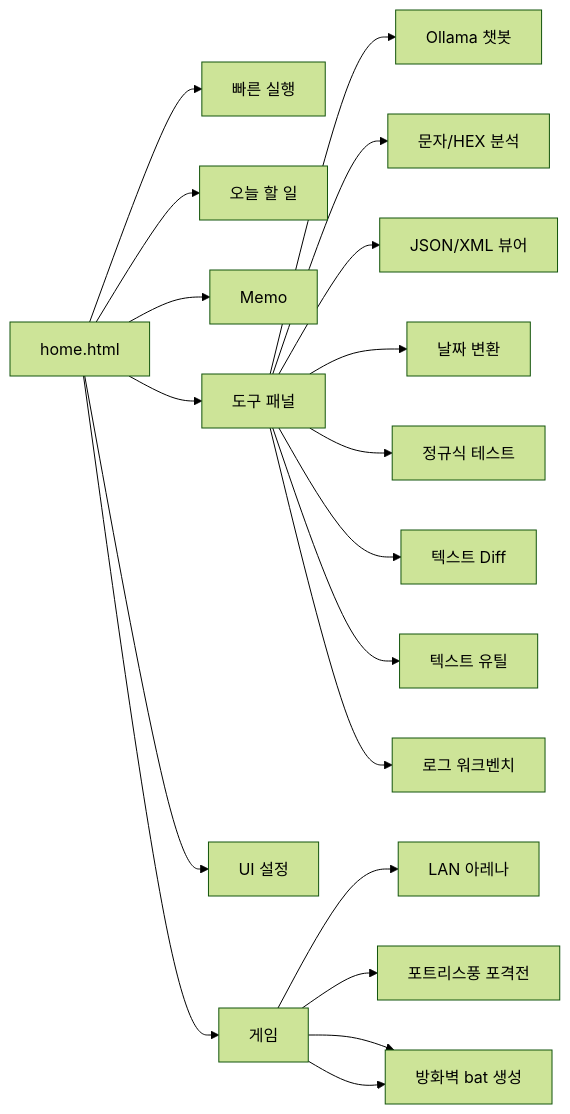
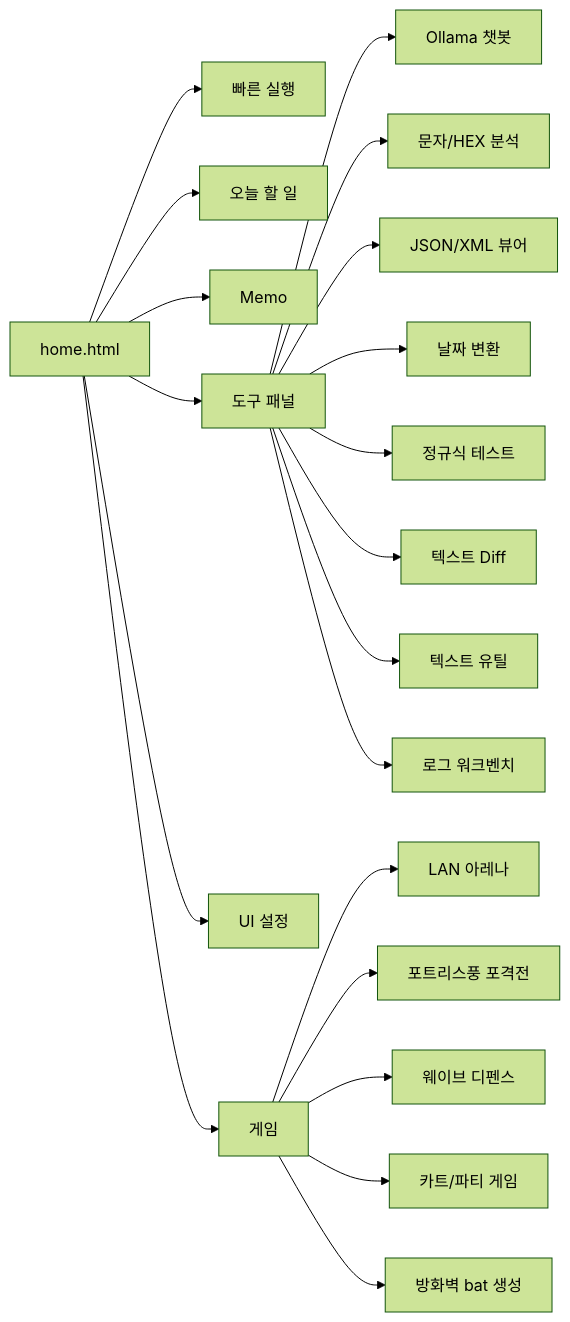
The diagram in README.md (kjsu1994/Good_ETC), drawn with Mermaid (forest theme) before and after one commit. The commit also changed other lines of this file and 10 other files, not shown here.

````diff
--- a/README.md
+++ b/README.md
@@ -13,22 +13,23 @@
 ```mermaid
 flowchart LR
     A[home.html] --> B[빠른 실행]
     A --> C[오늘 할 일]
     A --> D[Memo]
     A --> E[도구 패널]
     A --> F[UI 설정]
     A --> G[게임]
 
     E --> E1[Ollama 챗봇]
     E --> E2[문자/HEX 분석]
     E --> E3[JSON/XML 뷰어]
     E --> E4[날짜 변환]
     E --> E5[정규식 테스트]
     E --> E6[텍스트 Diff]
     E --> E7[텍스트 유틸]
     E --> E8[로그 워크벤치]
     G --> G1[LAN 아레나]
     G --> G2[포트리스풍 포격전]
     G --> G3[웨이브 디펜스]
-    G --> G3[방화벽 bat 생성]
+    G --> G4[카트/파티 게임]
+    G --> G5[방화벽 bat 생성]
 ```
````
